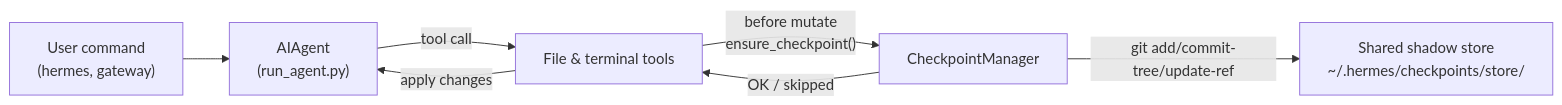
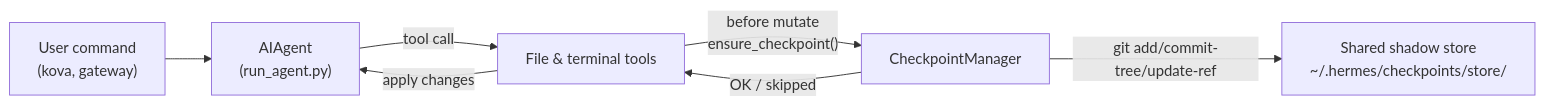
The diagram in website/docs/user-guide/checkpoints-and-rollback.md (OpenKova/Kova-Agent), drawn with Mermaid before and after one commit. The commit also changed other lines of this file and 4232 other files, not shown here.

````diff
--- a/website/docs/user-guide/checkpoints-and-rollback.md
+++ b/website/docs/user-guide/checkpoints-and-rollback.md
@@ -69,15 +69,15 @@
 ```mermaid
 flowchart LR
-  user["User command\n(hermes, gateway)"]
+  user["User command\n(kova, gateway)"]
   agent["AIAgent\n(run_agent.py)"]
   tools["File & terminal tools"]
   cpMgr["CheckpointManager"]
   store["Shared shadow store\n~/.hermes/checkpoints/store/"]
 
   user --> agent
   agent -->|"tool call"| tools
   tools -->|"before mutate\nensure_checkpoint()"| cpMgr
   cpMgr -->|"git add/commit-tree/update-ref"| store
   cpMgr -->|"OK / skipped"| tools
   tools -->|"apply changes"| agent
 ```
````
